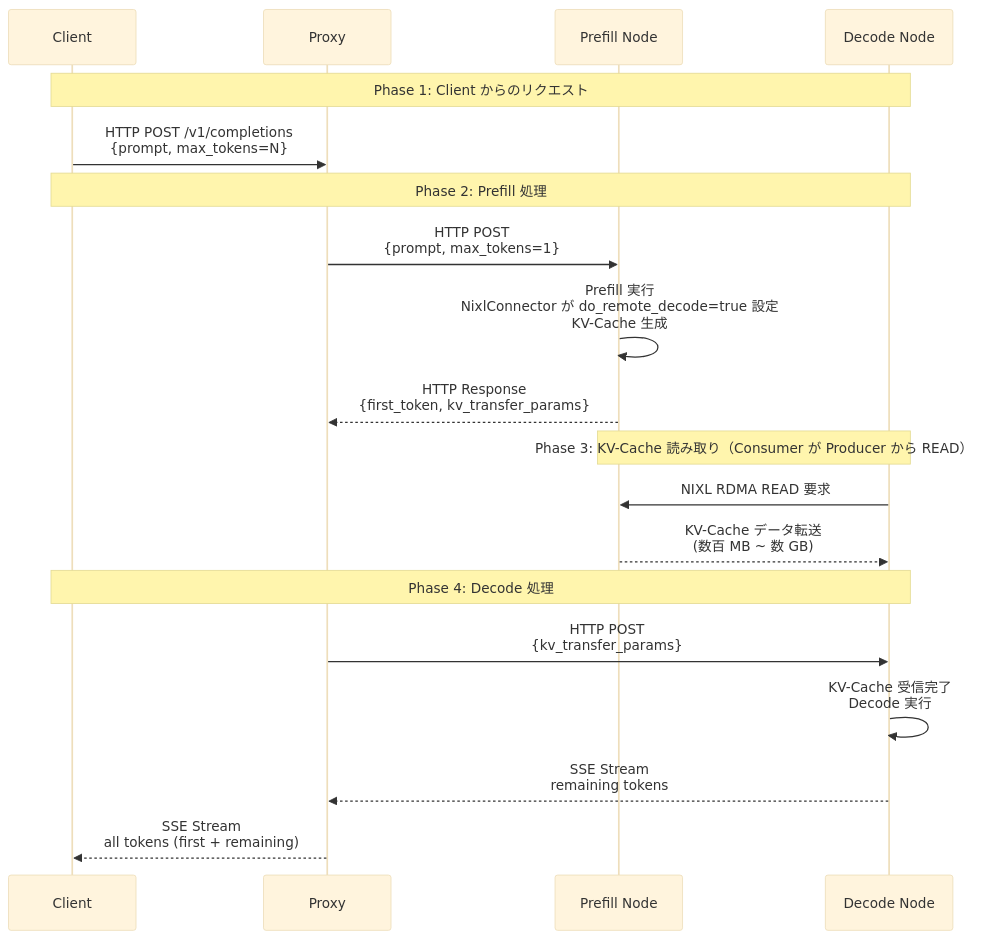
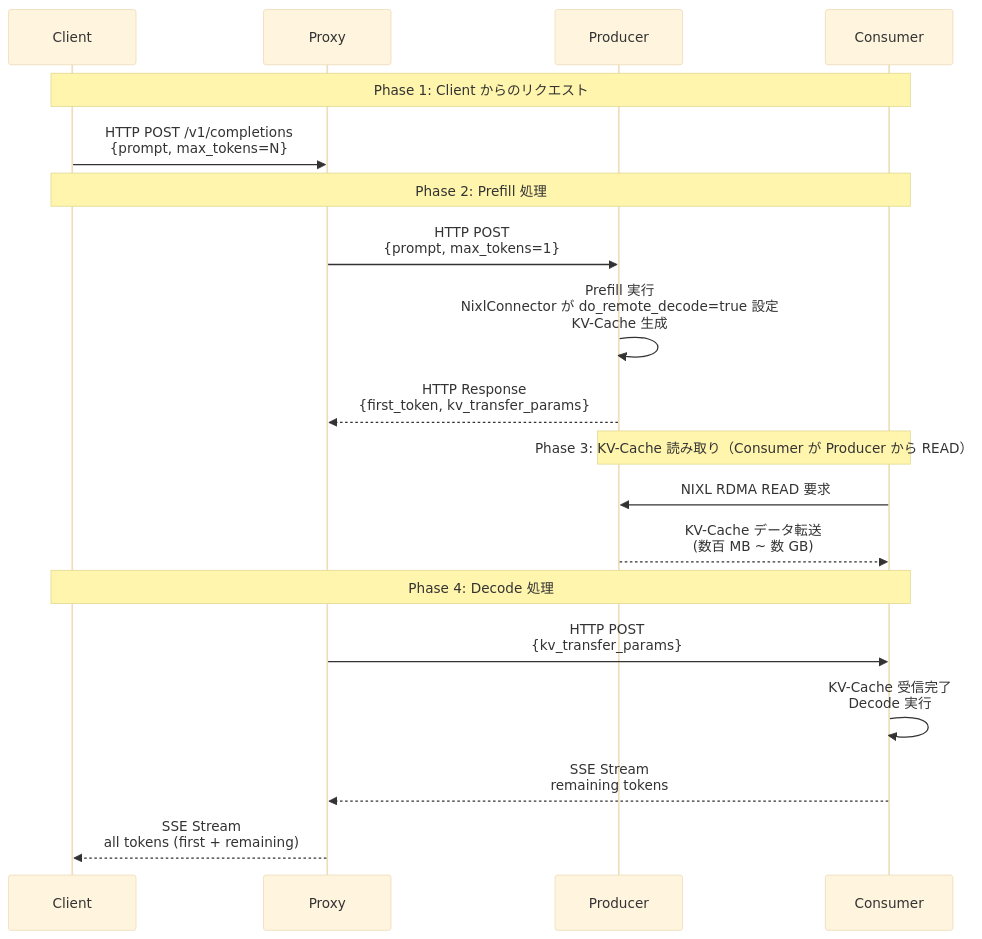
Before and after one commit to littlemex/zenn: the second of 14 diagrams in articles/3dd524130320d3.md, drawn with Mermaid (base theme). The commit also changed other lines of this file, not shown here.

````diff
--- a/articles/3dd524130320d3.md
+++ b/articles/3dd524130320d3.md
@@ -59,25 +59,25 @@
 ```mermaid
 sequenceDiagram
     participant C as Client
     participant P as Proxy
-    participant PF as Prefill Node
-    participant D as Decode Node
+    participant PF as Producer
+    participant D as Consumer
 
     Note over C,D: Phase 1: Client からのリクエスト
     C->>P: HTTP POST /v1/completions<br/>{prompt, max_tokens=N}
 
     Note over C,D: Phase 2: Prefill 処理
     P->>PF: HTTP POST<br/>{prompt, max_tokens=1}
     PF->>PF: Prefill 実行<br/>NixlConnector が do_remote_decode=true 設定<br/>KV-Cache 生成
     PF-->>P: HTTP Response<br/>{first_token, kv_transfer_params}
 
     Note over PF,D: Phase 3: KV-Cache 読み取り（Consumer が Producer から READ）
     D->>PF: NIXL RDMA READ 要求
     PF-->>D: KV-Cache データ転送<br/>(数百 MB ~ 数 GB)
 
     Note over C,D: Phase 4: Decode 処理
     P->>D: HTTP POST<br/>{kv_transfer_params}
     D->>D: KV-Cache 受信完了<br/>Decode 実行
     D-->>P: SSE Stream<br/>remaining tokens
     P-->>C: SSE Stream<br/>all tokens (first + remaining)
 ```
````
